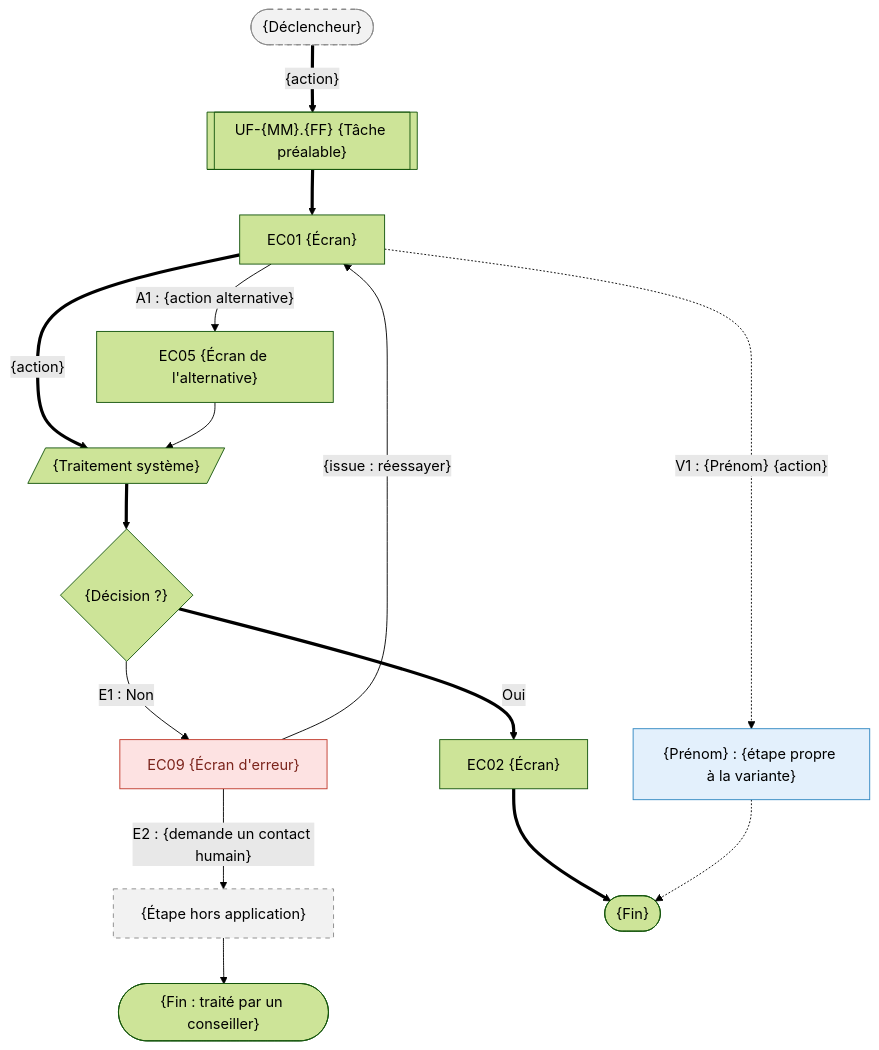
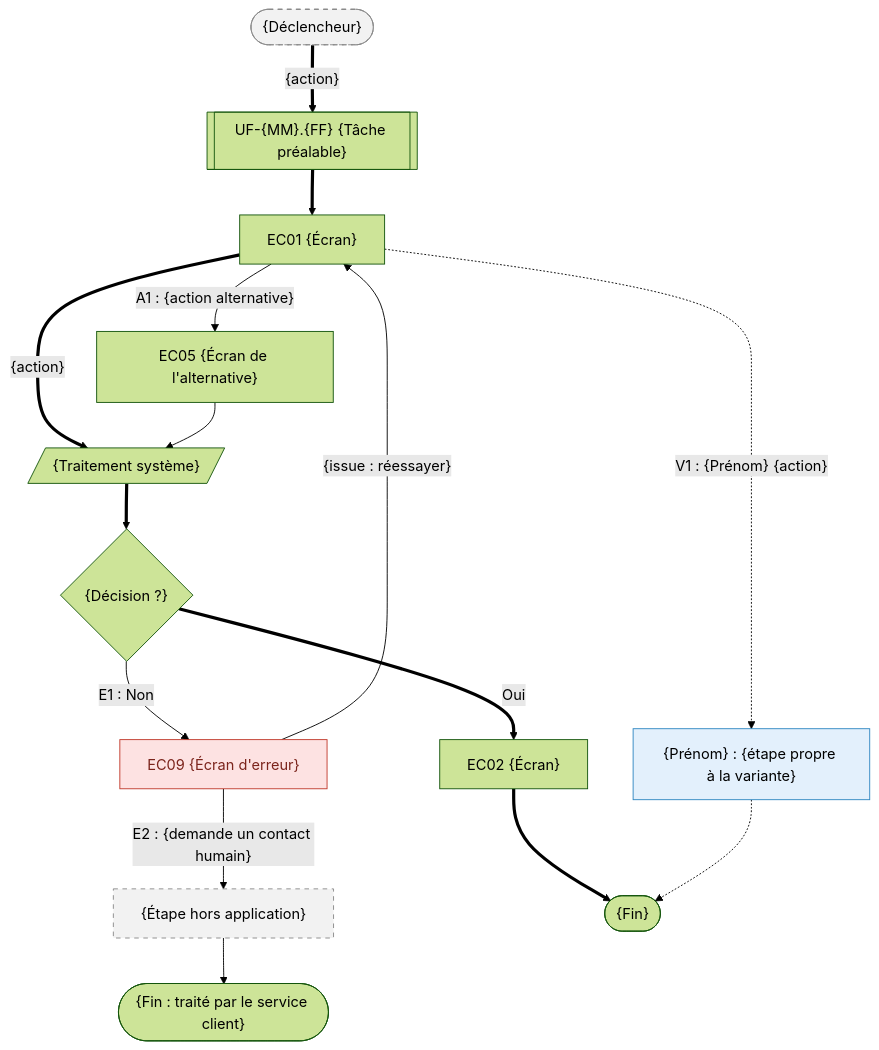
One commit to jlg-formation/espace-assurance-complementaire changed the diagram in .github/skills/ux-04-user-flows/assets/flow-template.md. Above: the diagram before and after it, drawn with Mermaid (forest theme). The commit also changed 58 other files, not shown here.

````diff
--- a/.github/skills/ux-04-user-flows/assets/flow-template.md
+++ b/.github/skills/ux-04-user-flows/assets/flow-template.md
@@ -17,35 +17,35 @@
 ```mermaid
 flowchart TD
     start(["{Déclencheur}"]):::horsApp
     uf1[["UF-{MM}.{FF} {Tâche préalable}"]]
     EC01["EC01 {Écran}"]
     s1[/"{Traitement système}"/]
     d1{"{Décision ?}"}
     EC02["EC02 {Écran}"]
     EC05["EC05 {Écran de l'alternative}"]
     EC09["EC09 {Écran d'erreur}"]:::erreur
     x1["{Étape hors application}"]:::horsApp
     v1["{Prénom} : {étape propre à la variante}"]:::variante
     fin(["{Fin}"])
-    fin2(["{Fin : traité par un conseiller}"])
+    fin2(["{Fin : traité par le service client}"])
 
     start ==>|"{action}"| uf1
     uf1 ==> EC01
     EC01 ==>|"{action}"| s1
     s1 ==> d1
     d1 ==>|"Oui"| EC02
     EC02 ==> fin
 
     EC01 -->|"A1 : {action alternative}"| EC05
     EC05 --> s1
     d1 -->|"E1 : Non"| EC09
     EC09 -->|"{issue : réessayer}"| EC01
     EC09 -->|"E2 : {demande un contact humain}"| x1
     x1 --> fin2
     EC01 -.->|"V1 : {Prénom} {action}"| v1
     v1 -.-> fin
 
     classDef erreur fill:#fde2e2,stroke:#c0392b,color:#7b241c
     classDef horsApp fill:#f2f2f2,stroke:#888,stroke-dasharray:5 5
     classDef variante fill:#e3f0fc,stroke:#2e86c1
 ```
````
